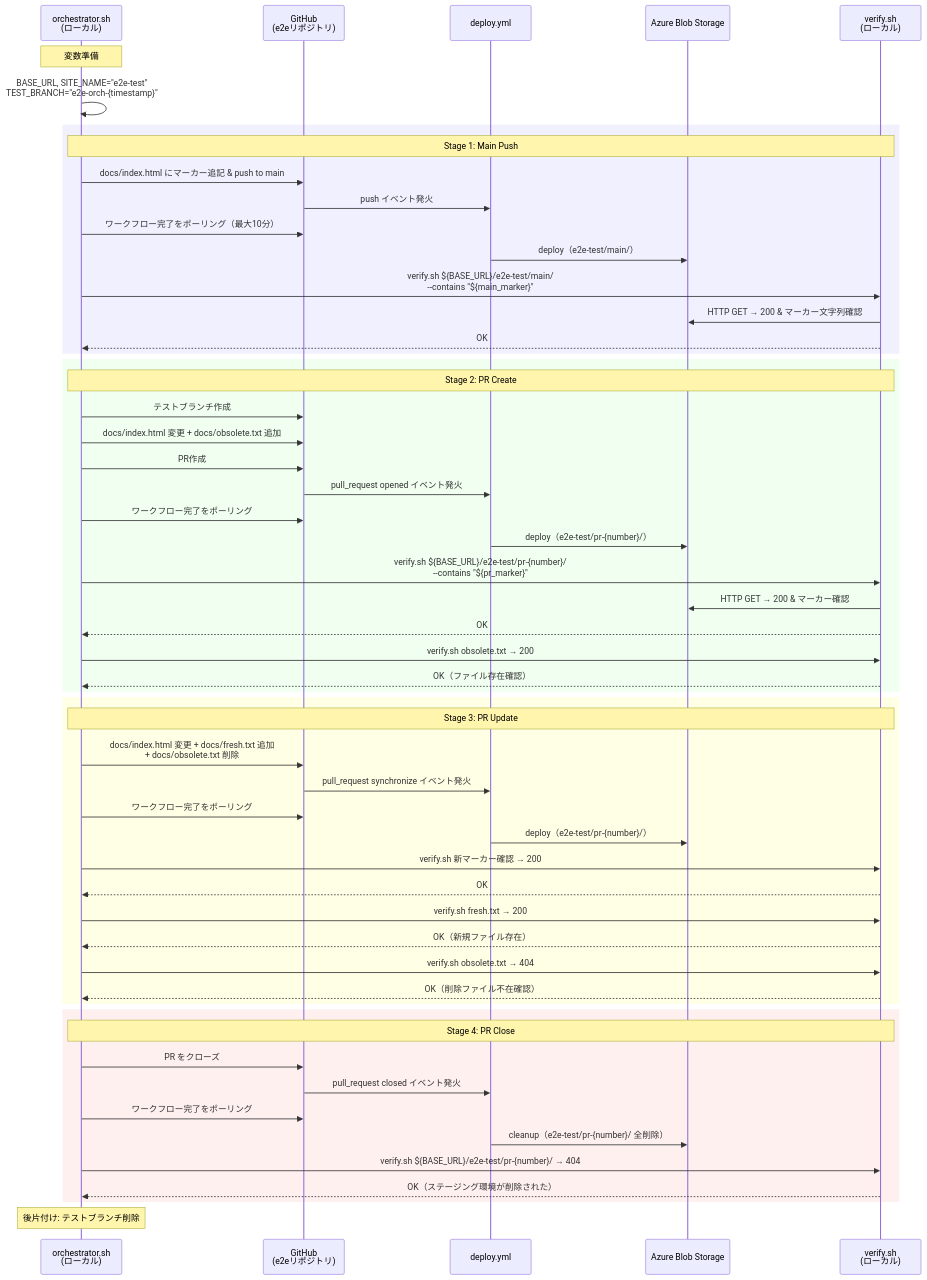
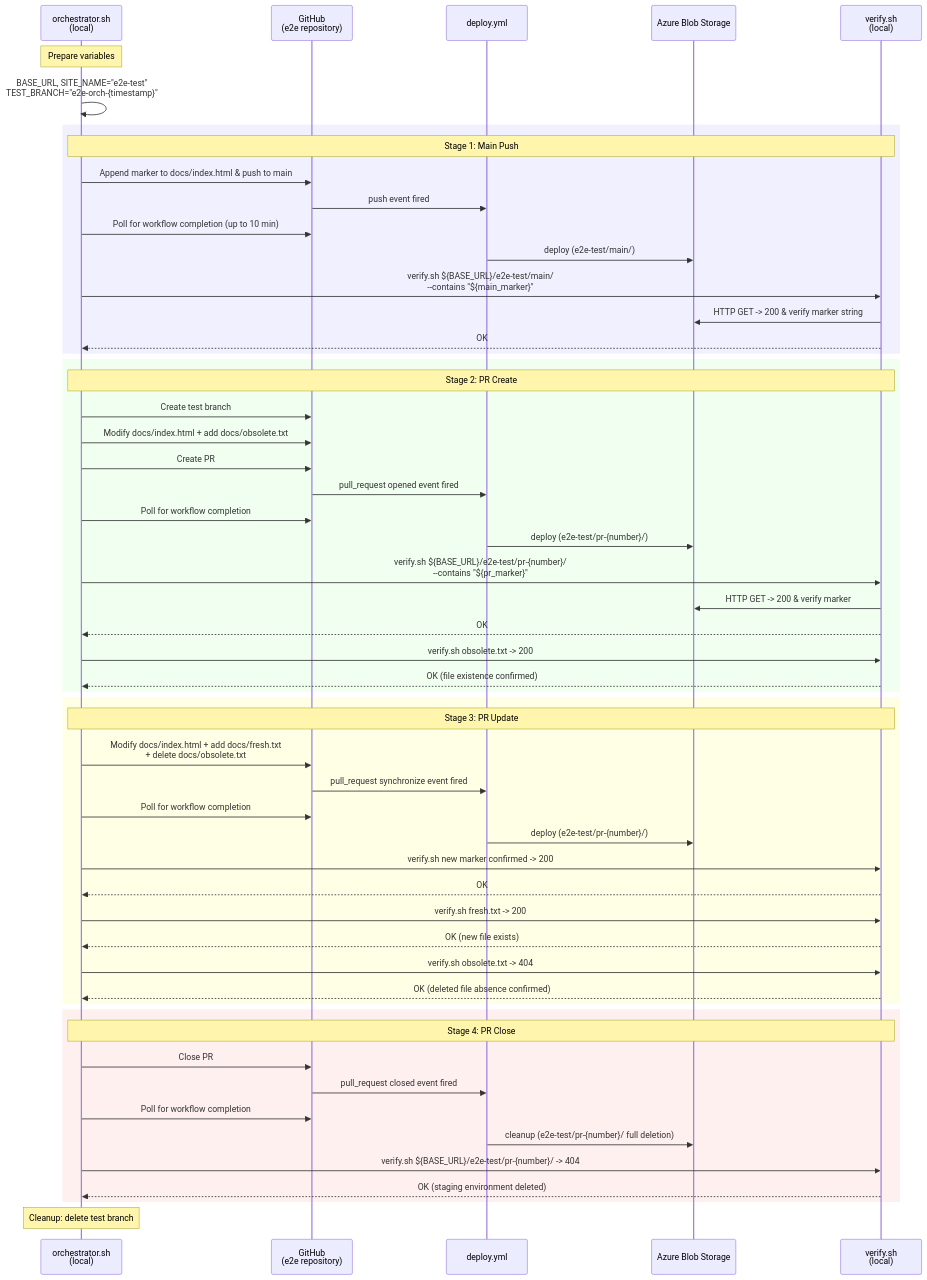
One commit to nuitsjp/azure-blob-storage-site-deploy-dev changed the second of 3 diagrams in docs/e2e.md. Above: the diagram before and after it, drawn with Mermaid. The commit also changed other lines of this file and 13 other files, not shown here.

````diff
--- a/docs/e2e.md
+++ b/docs/e2e.md
@@ -157,63 +159,63 @@
 ```mermaid
 sequenceDiagram
-    participant O as orchestrator.sh<br/>(ローカル)
-    participant GH as GitHub<br/>(e2eリポジトリ)
+    participant O as orchestrator.sh<br/>(local)
+    participant GH as GitHub<br/>(e2e repository)
     participant DW as deploy.yml
     participant AZ as Azure Blob Storage
-    participant V as verify.sh<br/>(ローカル)
+    participant V as verify.sh<br/>(local)
 
-    Note over O: 変数準備
+    Note over O: Prepare variables
     O->>O: BASE_URL, SITE_NAME="e2e-test"<br/>TEST_BRANCH="e2e-orch-{timestamp}"
 
     rect rgb(240, 240, 255)
         Note over O,V: Stage 1: Main Push
-        O->>GH: docs/index.html にマーカー追記 & push to main
-        GH->>DW: push イベント発火
-        O->>GH: ワークフロー完了をポーリング（最大10分）
-        DW->>AZ: deploy（e2e-test/main/）
+        O->>GH: Append marker to docs/index.html & push to main
+        GH->>DW: push event fired
+        O->>GH: Poll for workflow completion (up to 10 min)
+        DW->>AZ: deploy (e2e-test/main/)
         O->>V: verify.sh ${BASE_URL}/e2e-test/main/<br/>--contains "${main_marker}"
-        V->>AZ: HTTP GET → 200 & マーカー文字列確認
+        V->>AZ: HTTP GET -> 200 & verify marker string
         V-->>O: OK
     end
 
     rect rgb(240, 255, 240)
         Note over O,V: Stage 2: PR Create
-        O->>GH: テストブランチ作成
-        O->>GH: docs/index.html 変更 + docs/obsolete.txt 追加
-        O->>GH: PR作成
-        GH->>DW: pull_request opened イベント発火
-        O->>GH: ワークフロー完了をポーリング
-        DW->>AZ: deploy（e2e-test/pr-{number}/）
+        O->>GH: Create test branch
+        O->>GH: Modify docs/index.html + add docs/obsolete.txt
+        O->>GH: Create PR
+        GH->>DW: pull_request opened event fired
+        O->>GH: Poll for workflow completion
+        DW->>AZ: deploy (e2e-test/pr-{number}/)
         O->>V: verify.sh ${BASE_URL}/e2e-test/pr-{number}/<br/>--contains "${pr_marker}"
-        V->>AZ: HTTP GET → 200 & マーカー確認
+        V->>AZ: HTTP GET -> 200 & verify marker
         V-->>O: OK
-        O->>V: verify.sh obsolete.txt → 200
-        V-->>O: OK（ファイル存在確認）
+        O->>V: verify.sh obsolete.txt -> 200
+        V-->>O: OK (file existence confirmed)
     end
 
     rect rgb(255, 255, 230)
         Note over O,V: Stage 3: PR Update
-        O->>GH: docs/index.html 変更 + docs/fresh.txt 追加<br/>+ docs/obsolete.txt 削除
-        GH->>DW: pull_request synchronize イベント発火
-        O->>GH: ワークフロー完了をポーリング
-        DW->>AZ: deploy（e2e-test/pr-{number}/）
-        O->>V: verify.sh 新マーカー確認 → 200
+        O->>GH: Modify docs/index.html + add docs/fresh.txt<br/>+ delete docs/obsolete.txt
+        GH->>DW: pull_request synchronize event fired
+        O->>GH: Poll for workflow completion
+        DW->>AZ: deploy (e2e-test/pr-{number}/)
+        O->>V: verify.sh new marker confirmed -> 200
         V-->>O: OK
-        O->>V: verify.sh fresh.txt → 200
-        V-->>O: OK（新規ファイル存在）
-        O->>V: verify.sh obsolete.txt → 404
-        V-->>O: OK（削除ファイル不在確認）
+        O->>V: verify.sh fresh.txt -> 200
+        V-->>O: OK (new file exists)
+        O->>V: verify.sh obsolete.txt -> 404
+        V-->>O: OK (deleted file absence confirmed)
     end
 
     rect rgb(255, 240, 240)
         Note over O,V: Stage 4: PR Close
-        O->>GH: PR をクローズ
-        GH->>DW: pull_request closed イベント発火
-        O->>GH: ワークフロー完了をポーリング
-        DW->>AZ: cleanup（e2e-test/pr-{number}/ 全削除）
-        O->>V: verify.sh ${BASE_URL}/e2e-test/pr-{number}/ → 404
-        V-->>O: OK（ステージング環境が削除された）
+        O->>GH: Close PR
+        GH->>DW: pull_request closed event fired
+        O->>GH: Poll for workflow completion
+        DW->>AZ: cleanup (e2e-test/pr-{number}/ full deletion)
+        O->>V: verify.sh ${BASE_URL}/e2e-test/pr-{number}/ -> 404
+        V-->>O: OK (staging environment deleted)
     end
 
-    Note over O: 後片付け: テストブランチ削除
+    Note over O: Cleanup: delete test branch
 ```
````
